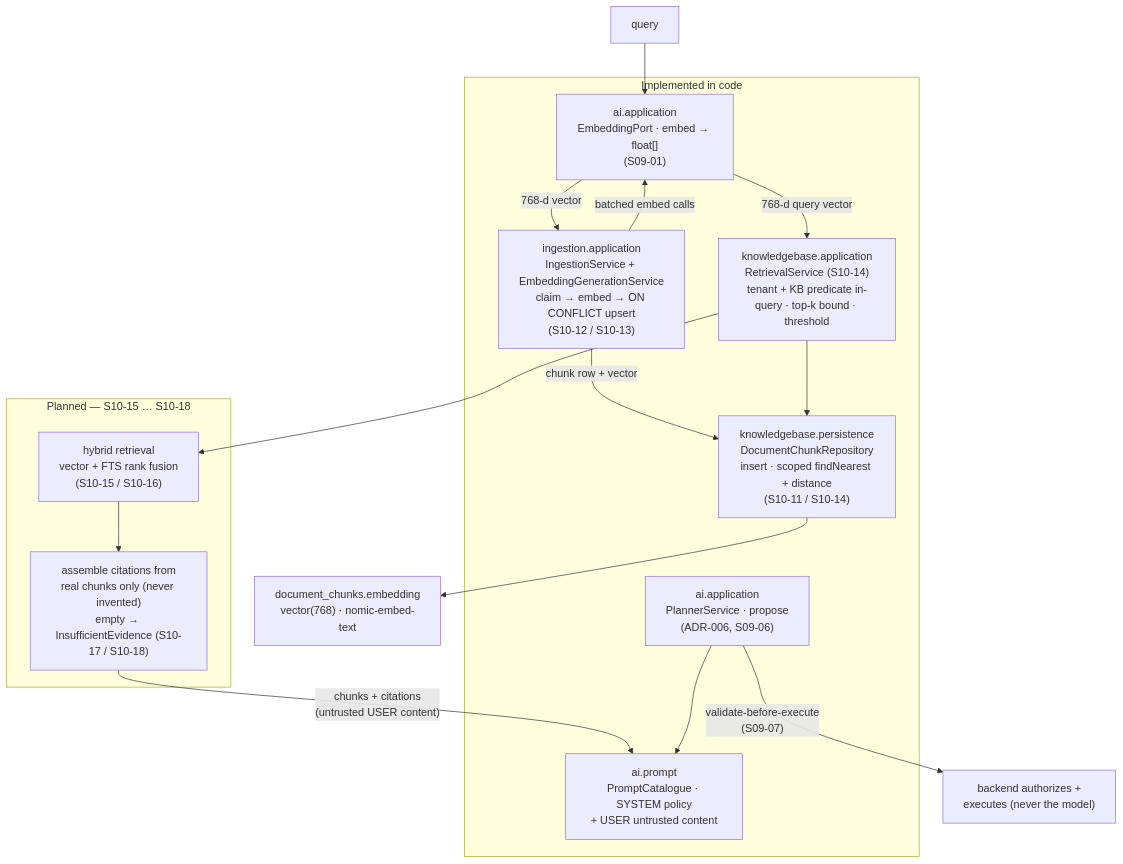
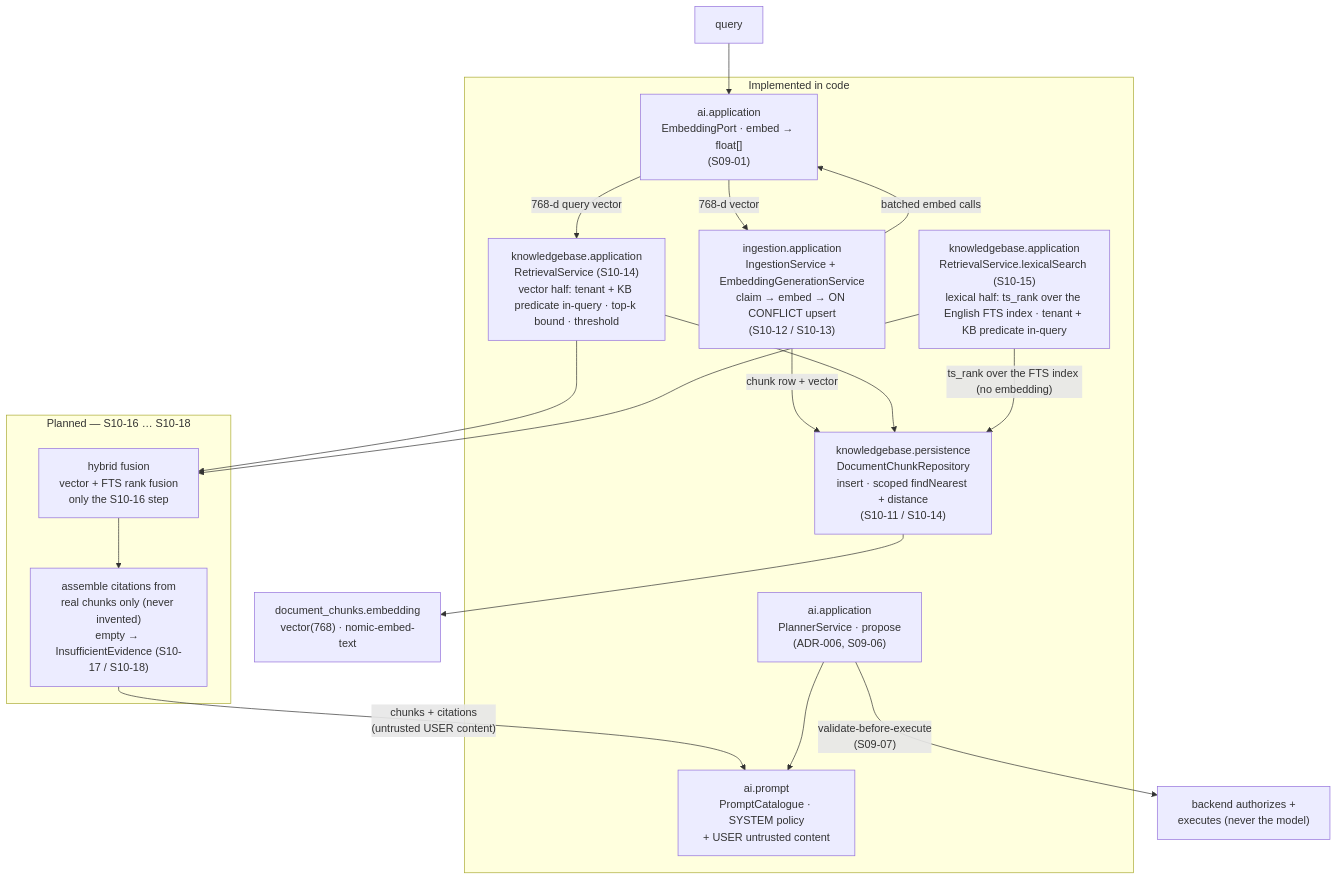
One commit to JavaCoDED78/agentflow changed the diagram in docs/rag/README.md. Above: the diagram before and after it, drawn with Mermaid. The commit also changed other lines of this file and 11 other files, not shown here.

First line of the commit message:
feat(knowledgebase): add PostgreSQL full-text (lexical) search half (S10-15)

````diff
--- a/docs/rag/README.md
+++ b/docs/rag/README.md
@@ -38,34 +38,37 @@
 ```mermaid
 flowchart TB
     subgraph Impl["Implemented in code"]
         Repo["knowledgebase.persistence<br/>DocumentChunkRepository<br/>insert · scoped findNearest + distance<br/>(S10-11 / S10-14)"]
         Embed["ai.application<br/>EmbeddingPort · embed → float[]<br/>(S09-01)"]
         Ing["ingestion.application<br/>IngestionService + EmbeddingGenerationService<br/>claim → embed → ON CONFLICT upsert<br/>(S10-12 / S10-13)"]
-        Ret["knowledgebase.application<br/>RetrievalService (S10-14)<br/>tenant + KB predicate in-query · top-k bound · threshold"]
+        Ret["knowledgebase.application<br/>RetrievalService (S10-14)<br/>vector half: tenant + KB predicate in-query · top-k bound · threshold"]
+        Lex["knowledgebase.application<br/>RetrievalService.lexicalSearch (S10-15)<br/>lexical half: ts_rank over the English FTS index · tenant + KB predicate in-query"]
         Planner["ai.application<br/>PlannerService · propose<br/>(ADR-006, S09-06)"]
         Catalogue["ai.prompt<br/>PromptCatalogue · SYSTEM policy<br/>+ USER untrusted content"]
     end
-    subgraph Planned["Planned — S10-15 … S10-18"]
-        Hybrid["hybrid retrieval<br/>vector + FTS rank fusion<br/>(S10-15 / S10-16)"]
+    subgraph Planned["Planned — S10-16 … S10-18"]
+        Hybrid["hybrid fusion<br/>vector + FTS rank fusion<br/>only the S10-16 step"]
         Cit["assemble citations from<br/>real chunks only (never invented)<br/>empty → InsufficientEvidence (S10-17 / S10-18)"]
     end
     Doc["document_chunks.embedding<br/>vector(768) · nomic-embed-text"]
 
     %% Indexing path (writing vectors)
     Ing -->|"batched embed calls"| Embed
     Embed -->|"768-d vector"| Ing
     Ing -->|"chunk row + vector"| Repo
     Repo --> Doc
 
-    %% Retrieval path (reading vectors)
+    %% Retrieval path (reading vectors + lexical index)
     Q["query"] --> Embed
     Embed -->|"768-d query vector"| Ret
     Ret --> Repo
+    Lex -->|"ts_rank over the FTS index (no embedding)"| Repo
 
     %% Grounding path (feeding the model)
     Ret --> Hybrid
+    Lex --> Hybrid
     Hybrid --> Cit
     Cit -->|"chunks + citations<br/>(untrusted USER content)"| Catalogue
     Planner --> Catalogue
     Planner -->|"validate-before-execute<br/>(S09-07)"| Backend["backend authorizes +<br/>executes (never the model)"]
 ```
````
